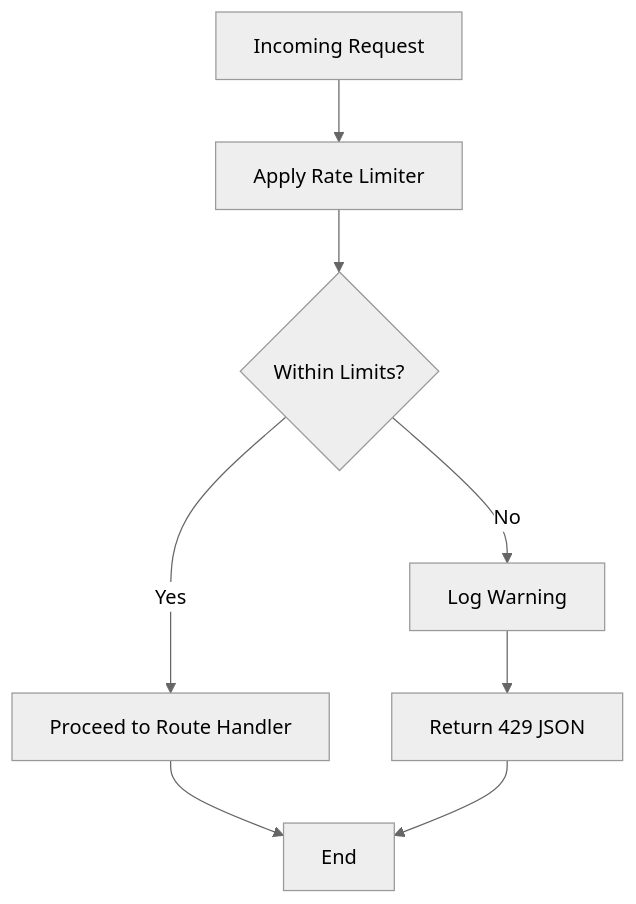
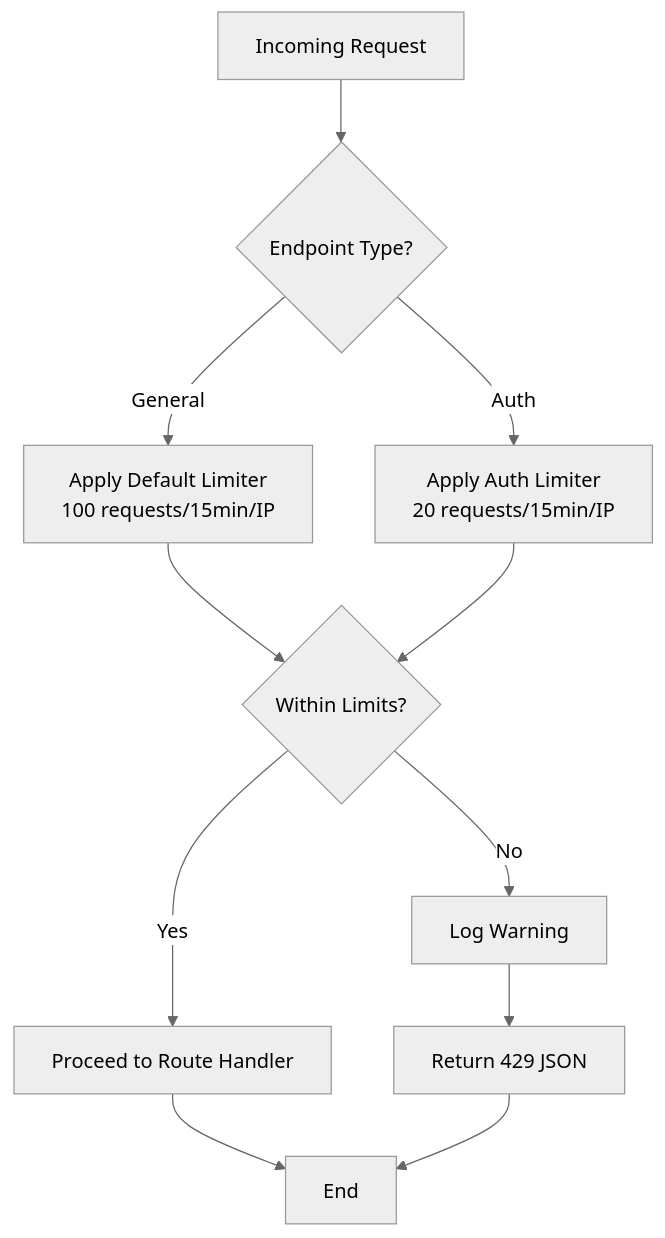
The fifth of 9 diagrams in .qoder/repowiki/en/content/Security Implementation.md (RunTimeAdmin/AgentID), drawn with Mermaid (neutral theme) before and after one commit. The commit also changed other lines of this file and 9 other files, not shown here.

````diff
--- a/.qoder/repowiki/en/content/Security Implementation.md
+++ b/.qoder/repowiki/en/content/Security Implementation.md
@@ -335,10 +360,13 @@
 ```mermaid
 flowchart TD
-Req["Incoming Request"] --> Limiter["Apply Rate Limiter"]
-Limiter --> Allowed{"Within Limits?"}
+Req["Incoming Request"] --> CheckEndpoint{"Endpoint Type?"}
+CheckEndpoint --> |General| DefaultLimiter["Apply Default Limiter<br/>100 requests/15min/IP"]
+CheckEndpoint --> |Auth| AuthLimiter["Apply Auth Limiter<br/>20 requests/15min/IP"]
+DefaultLimiter --> Allowed{"Within Limits?"}
+AuthLimiter --> Allowed
 Allowed --> |Yes| Next["Proceed to Route Handler"]
 Allowed --> |No| Log["Log Warning"]
 Log --> Respond["Return 429 JSON"]
 Next --> End["End"]
 Respond --> End
 ```
````
